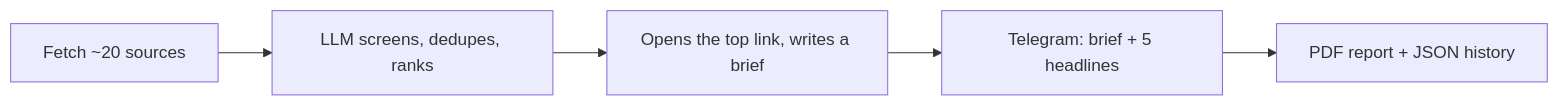
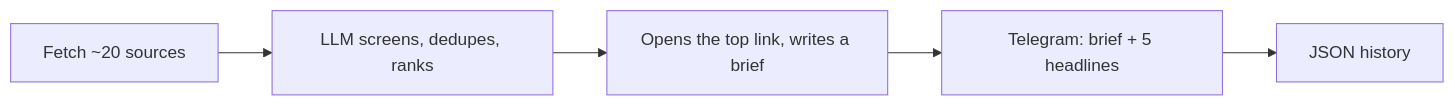
Before and after one commit to vickey-kapoor/Applied-AI-Dev-Digest: the diagram in README.md, drawn with Mermaid. The commit also changed 210 other files, not shown here.

````diff
--- a/README.md
+++ b/README.md
@@ -15,5 +15,5 @@
 ```mermaid
 flowchart LR
     F[Fetch ~20 sources] --> S[LLM screens, dedupes, ranks] --> B[Opens the top link, writes a brief] --> T[Telegram: brief + 5 headlines]
-    T --> D[PDF report + JSON history]
+    T --> D[JSON history]
 ```
````
